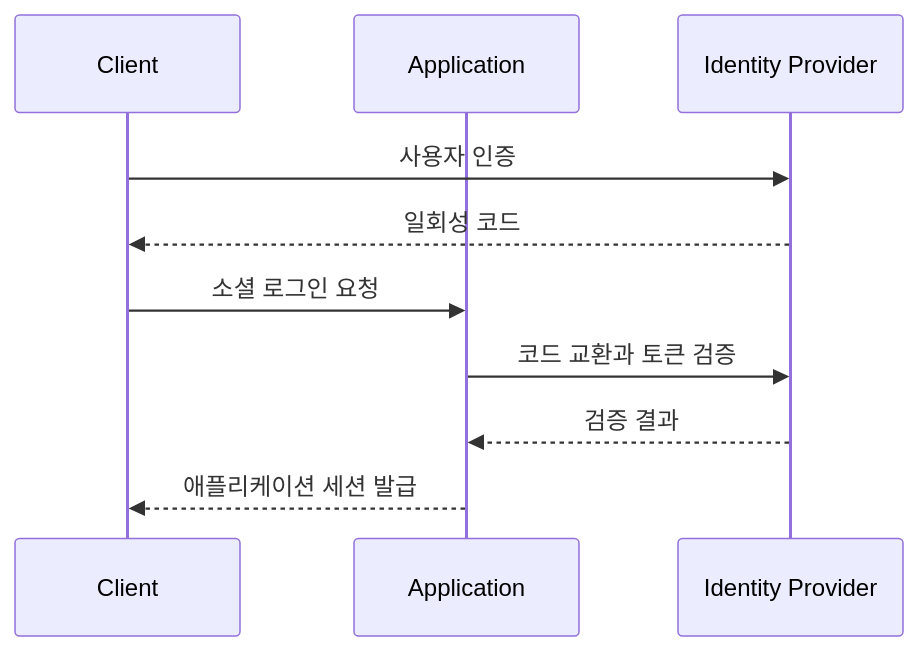
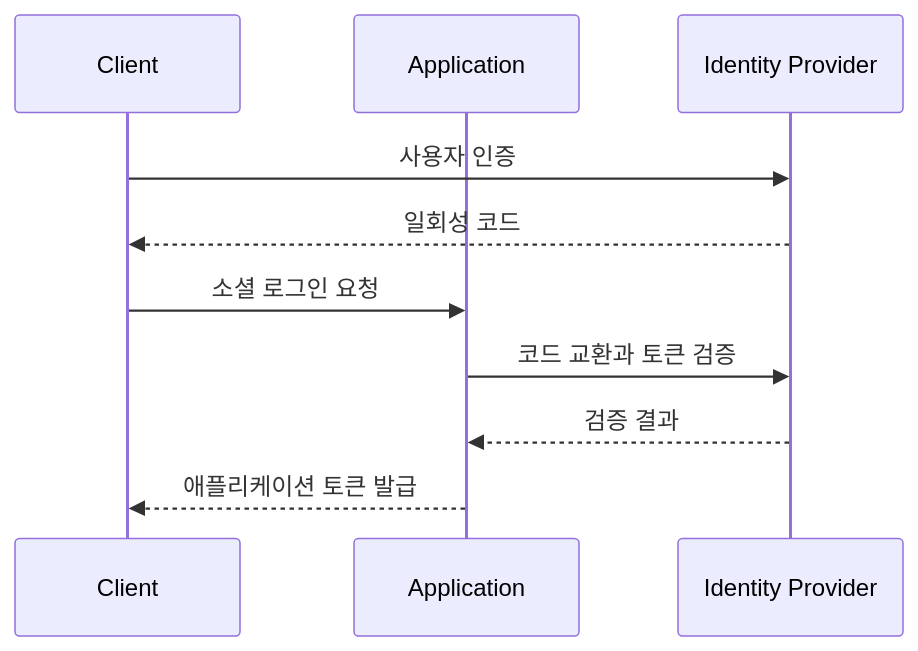
One commit to jiwon11/jiwon11.github.io changed the second of 7 diagrams in _posts/2023-03-01-charlie-backend-infrastructure.md. Above: the diagram before and after it, drawn with Mermaid. The commit also changed other lines of this file and 7 other files, not shown here.

```diff
--- a/_posts/2023-03-01-charlie-backend-infrastructure.md
+++ b/_posts/2023-03-01-charlie-backend-infrastructure.md
@@ -88,13 +84,13 @@
 ~~~mermaid
 sequenceDiagram
     participant C as Client
     participant S as Application
     participant I as Identity Provider
 
     C->>I: 사용자 인증
     I-->>C: 일회성 코드
     C->>S: 소셜 로그인 요청
     S->>I: 코드 교환과 토큰 검증
     I-->>S: 검증 결과
-    S-->>C: 애플리케이션 세션 발급
+    S-->>C: 애플리케이션 토큰 발급
 ~~~
```
